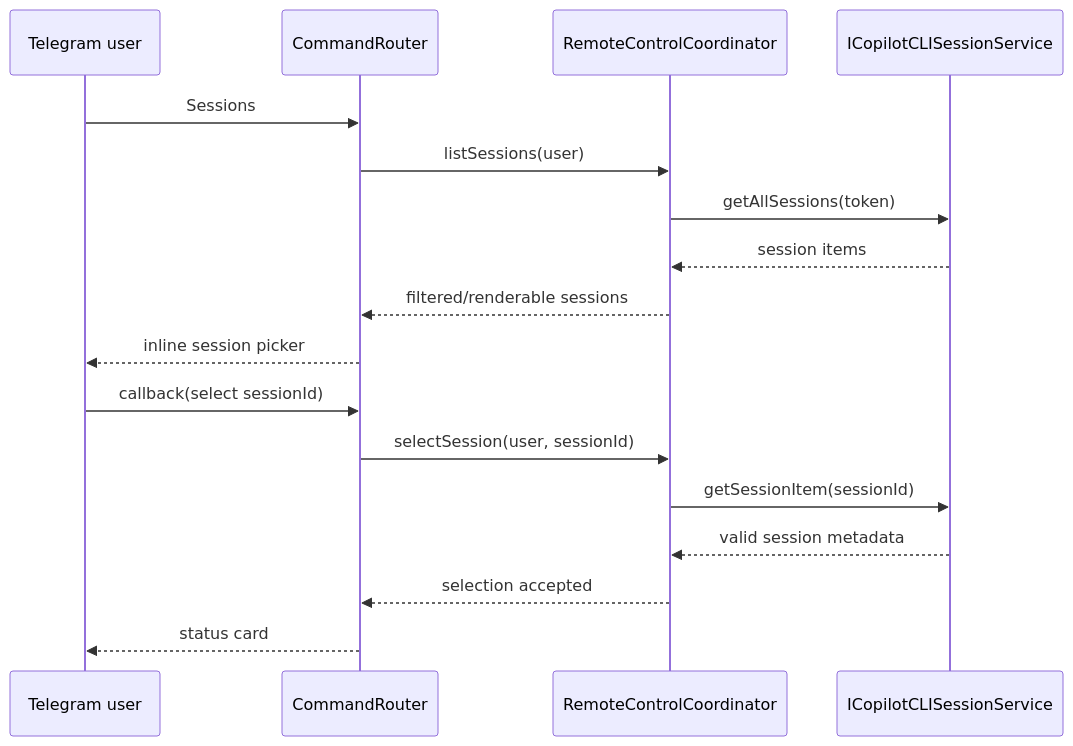
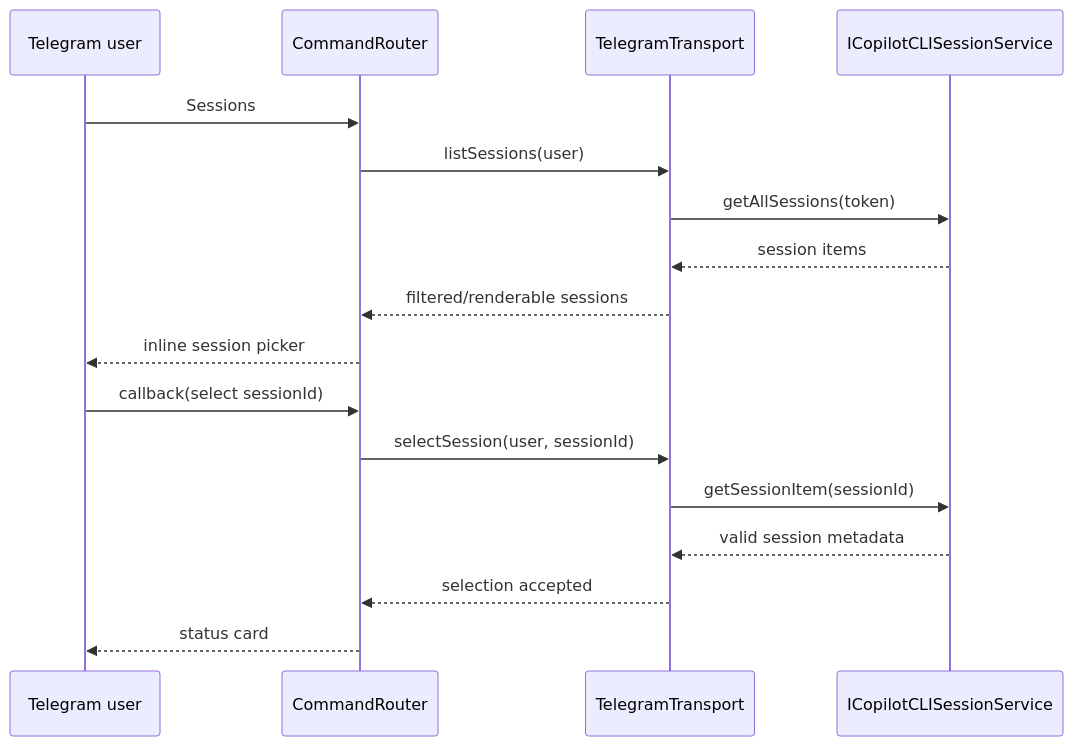
Before and after one commit to SachiHarshitha/vscode-telegram: the fourth of 14 diagrams in extensions/copilot/docs/telegram-remote/CALL_FLOWS.md, drawn with Mermaid. The commit also changed other lines of this file and 11 other files, not shown here.

````diff
--- a/extensions/copilot/docs/telegram-remote/CALL_FLOWS.md
+++ b/extensions/copilot/docs/telegram-remote/CALL_FLOWS.md
@@ -79,20 +81,20 @@
 ```mermaid
 sequenceDiagram
     participant T as Telegram user
     participant R as CommandRouter
-    participant C as RemoteControlCoordinator
+    participant C as TelegramTransport
     participant S as ICopilotCLISessionService
 
     T->>R: Sessions
     R->>C: listSessions(user)
     C->>S: getAllSessions(token)
     S-->>C: session items
     C-->>R: filtered/renderable sessions
     R-->>T: inline session picker
     T->>R: callback(select sessionId)
     R->>C: selectSession(user, sessionId)
     C->>S: getSessionItem(sessionId)
     S-->>C: valid session metadata
     C-->>R: selection accepted
     R-->>T: status card
 ```
````
